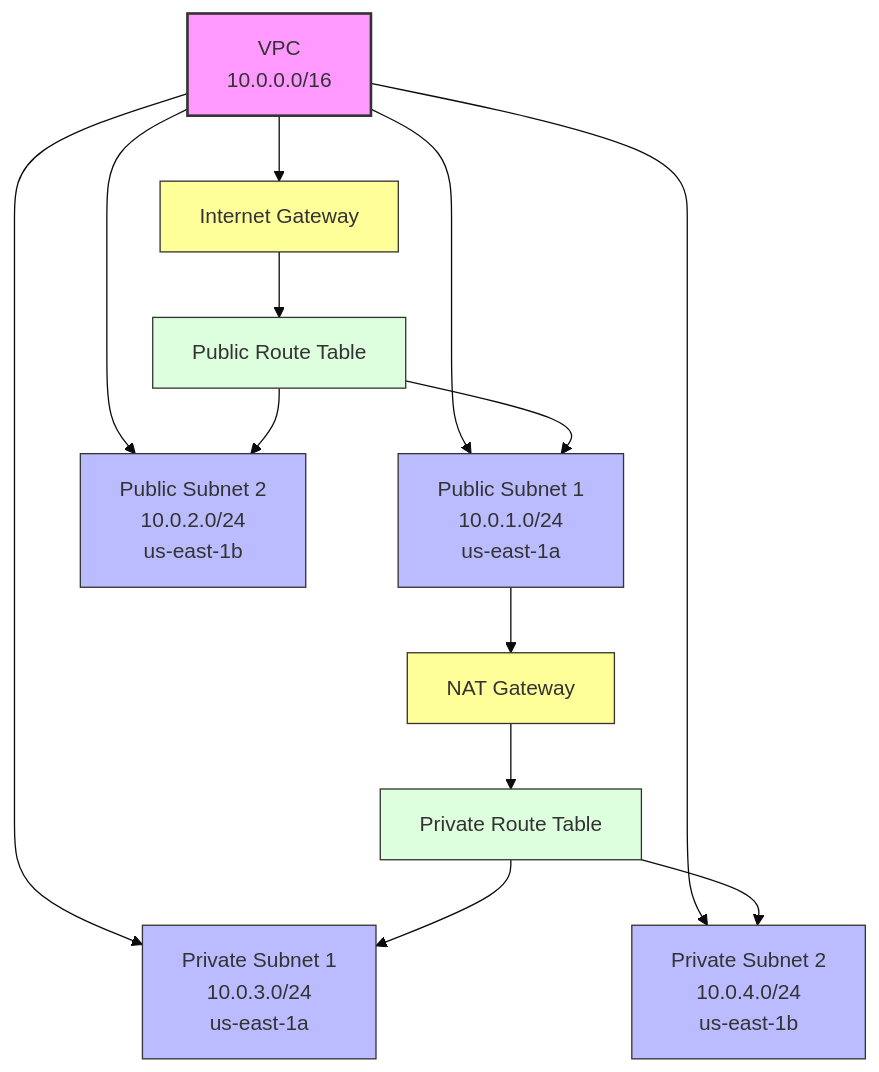
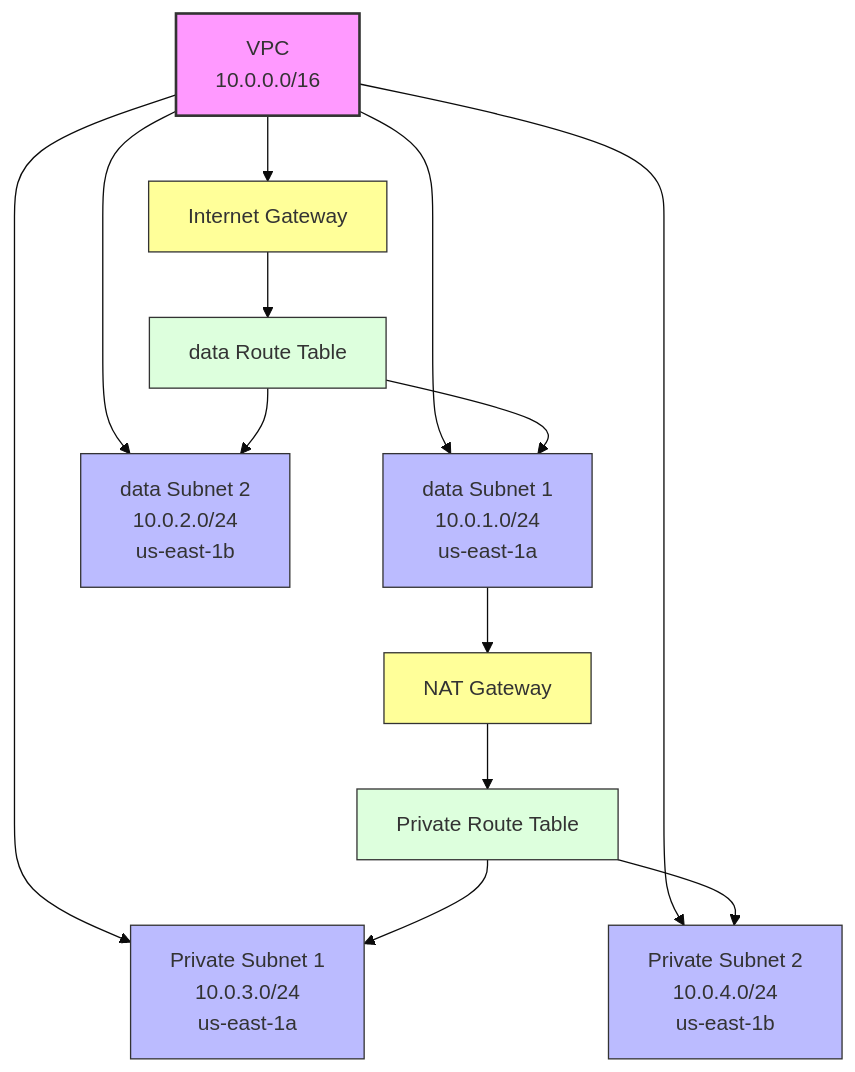
Before and after one commit to satya-aws-iac/iaac-poc: the diagram in docs/infrastructure-diagram.md, drawn with Mermaid (base theme). The commit also changed other lines of this file and 4 other files, not shown here.

````diff
--- a/docs/infrastructure-diagram.md
+++ b/docs/infrastructure-diagram.md
@@ -3,35 +3,35 @@
 ```mermaid
 graph TB
     %% VPC Definition
     VPC[VPC<br/>10.0.0.0/16] --> IGW[Internet Gateway]
     
-    %% Public Subnets
-    VPC --> PublicSubnet1[Public Subnet 1<br/>10.0.1.0/24<br/>us-east-1a]
-    VPC --> PublicSubnet2[Public Subnet 2<br/>10.0.2.0/24<br/>us-east-1b]
+    %% data Subnets
+    VPC --> dataSubnet1[data Subnet 1<br/>10.0.1.0/24<br/>us-east-1a]
+    VPC --> dataSubnet2[data Subnet 2<br/>10.0.2.0/24<br/>us-east-1b]
     
     %% Private Subnets
     VPC --> PrivateSubnet1[Private Subnet 1<br/>10.0.3.0/24<br/>us-east-1a]
     VPC --> PrivateSubnet2[Private Subnet 2<br/>10.0.4.0/24<br/>us-east-1b]
     
     %% Route Tables and Internet Gateway
-    IGW --> PublicRT[Public Route Table]
-    PublicRT --> PublicSubnet1
-    PublicRT --> PublicSubnet2
+    IGW --> dataRT[data Route Table]
+    dataRT --> dataSubnet1
+    dataRT --> dataSubnet2
     
     %% NAT Gateway and Private Routes
-    PublicSubnet1 --> NAT[NAT Gateway]
+    dataSubnet1 --> NAT[NAT Gateway]
     NAT --> PrivateRT[Private Route Table]
     PrivateRT --> PrivateSubnet1
     PrivateRT --> PrivateSubnet2
     
     %% Styling
     classDef vpc fill:#f9f,stroke:#333,stroke-width:2px
     classDef subnet fill:#bbf,stroke:#333,stroke-width:1px
     classDef gateway fill:#ff9,stroke:#333,stroke-width:1px
     classDef routeTable fill:#dfd,stroke:#333,stroke-width:1px
     
     class VPC vpc
-    class PublicSubnet1,PublicSubnet2,PrivateSubnet1,PrivateSubnet2 subnet
+    class dataSubnet1,dataSubnet2,PrivateSubnet1,PrivateSubnet2 subnet
     class IGW,NAT gateway
-    class PublicRT,PrivateRT routeTable
+    class dataRT,PrivateRT routeTable
 ```
````
